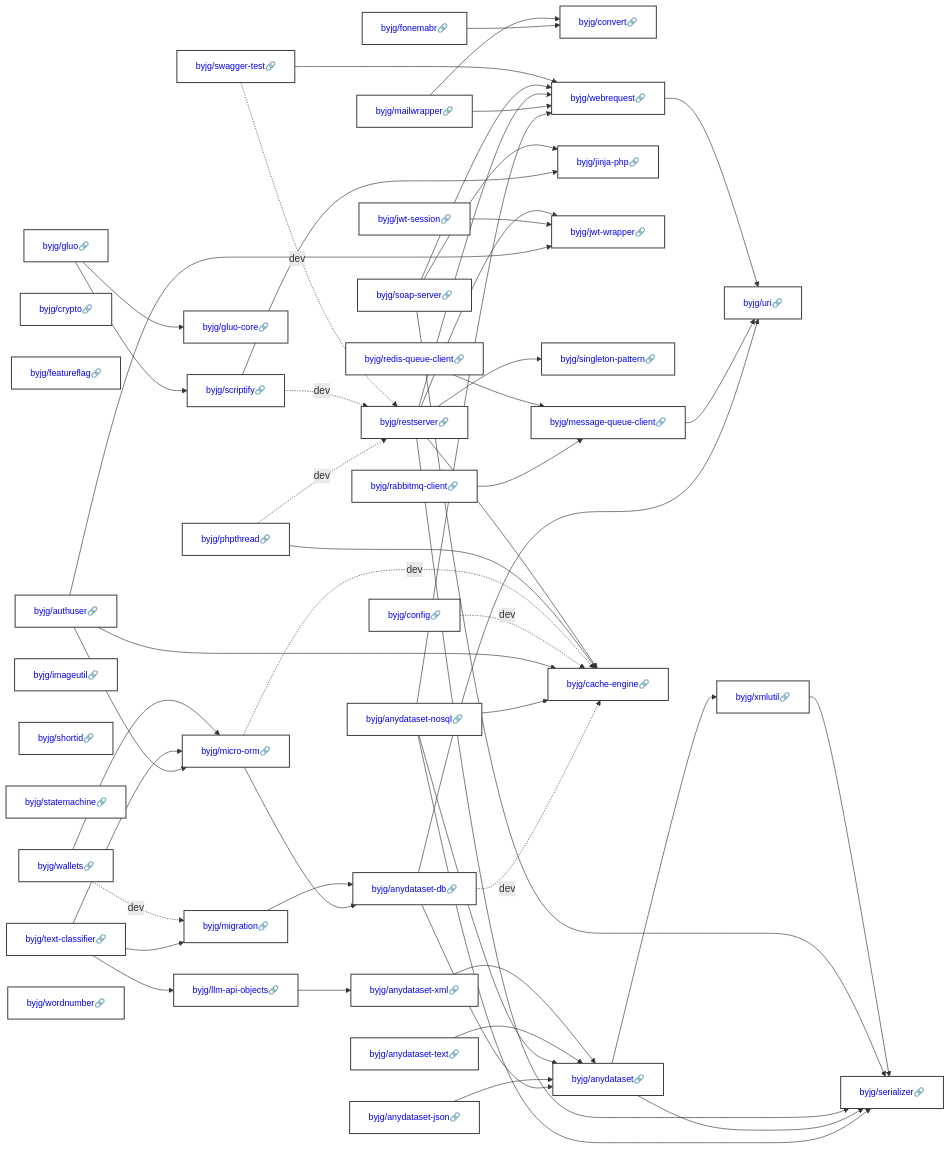
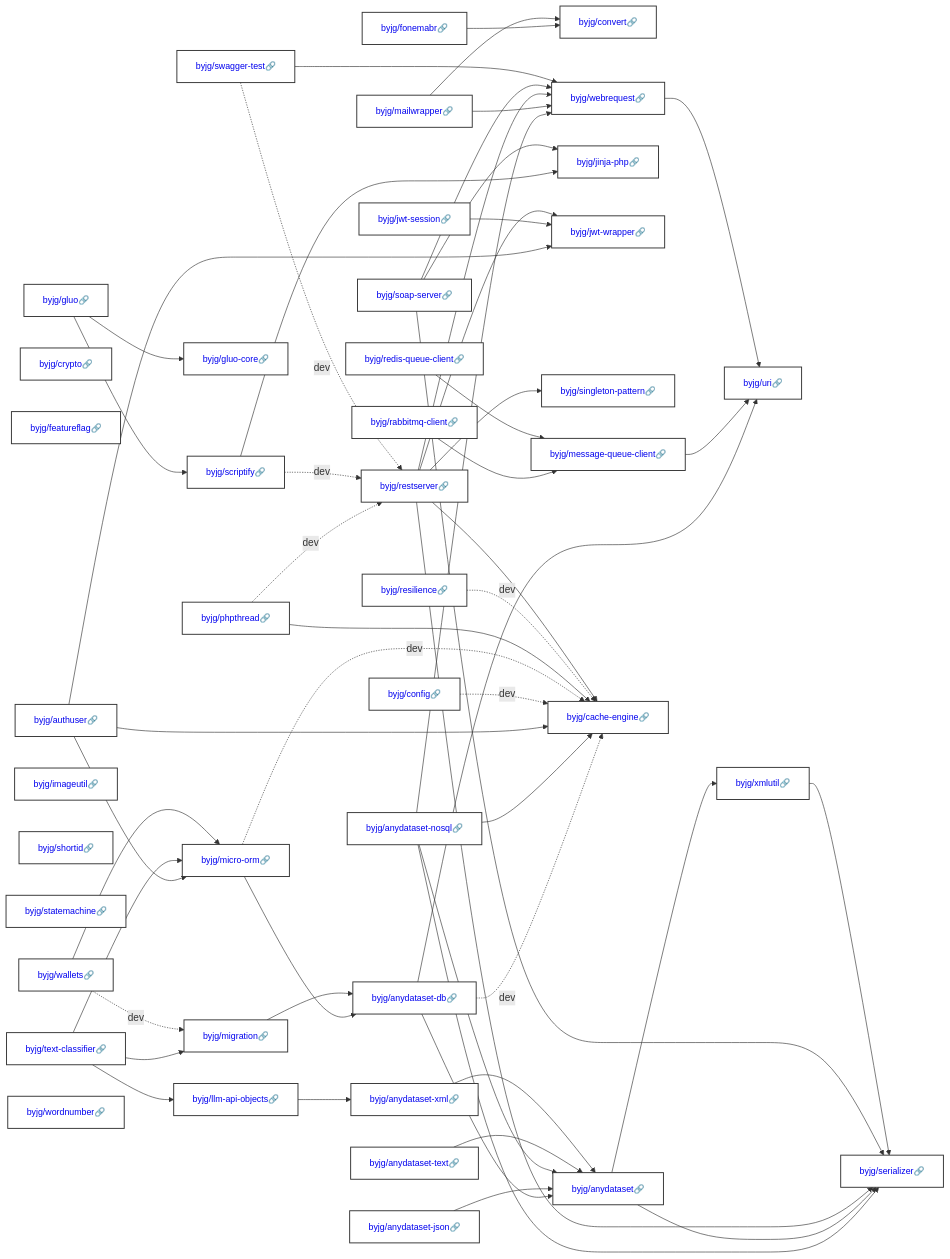
The diagram in docs/php/README.md (byjg/byjg.github.io), drawn with Mermaid before and after one commit. The commit also changed 6 other files, not shown here.

Commit message:
Update documentation 'php' 'php-resilience'

```diff
--- a/docs/php/README.md
+++ b/docs/php/README.md
@@ -21,6 +21,7 @@
   byjg/phpthread[<a href='https://opensource.byjg.com/docs/php/phpthread' style='text-decoration:none'>byjg/phpthread🔗</a>];
   byjg/rabbitmq-client[<a href='https://opensource.byjg.com/docs/php/rabbitmq-client' style='text-decoration:none'>byjg/rabbitmq-client🔗</a>];
   byjg/redis-queue-client[<a href='https://opensource.byjg.com/docs/php/redis-queue-client' style='text-decoration:none'>byjg/redis-queue-client🔗</a>];
+  byjg/resilience[<a href='https://opensource.byjg.com/docs/php/resilience' style='text-decoration:none'>byjg/resilience🔗</a>];
   byjg/shortid[<a href='https://opensource.byjg.com/docs/php/shortid' style='text-decoration:none'>byjg/shortid🔗</a>];
   byjg/soap-server[<a href='https://opensource.byjg.com/docs/php/soap-server' style='text-decoration:none'>byjg/soap-server🔗</a>];
   byjg/statemachine[<a href='https://opensource.byjg.com/docs/php/statemachine' style='text-decoration:none'>byjg/statemachine🔗</a>];
@@ -78,6 +79,7 @@
   byjg/phpthread -.->|dev| byjg/restserver;
   byjg/rabbitmq-client --> byjg/message-queue-client;
   byjg/redis-queue-client --> byjg/message-queue-client;
+  byjg/resilience -.->|dev| byjg/cache-engine;
   byjg/restserver --> byjg/cache-engine;
   byjg/restserver --> byjg/jwt-wrapper;
   byjg/restserver --> byjg/serializer;
```
